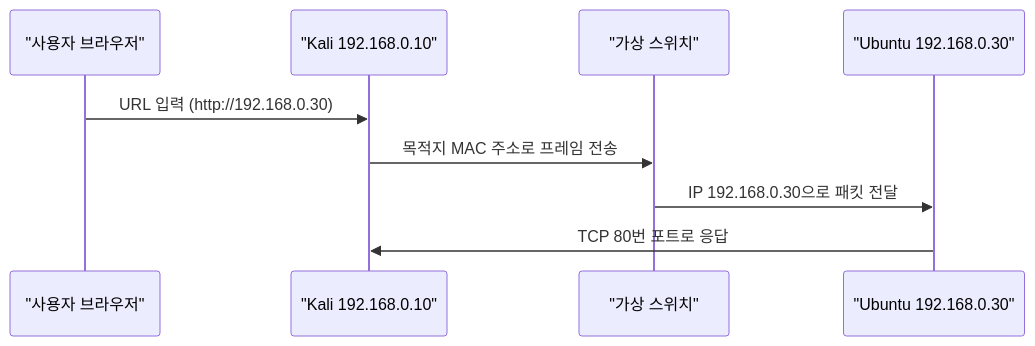
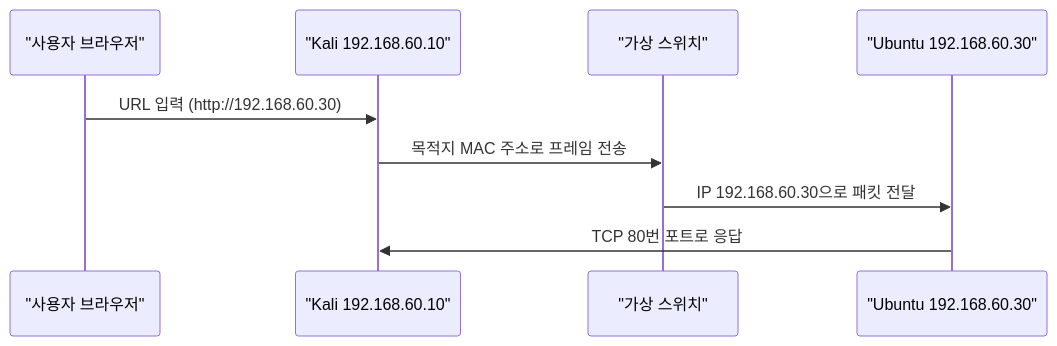
The first of 3 diagrams in _posts/1.응용강의/NetworkSecurity/2026-06-10-networkset-02-network-foundation.md (sbaek100/sbaek100.github.io), drawn with Mermaid before and after one commit. The commit also changed other lines of this file and 518 other files, not shown here.

````diff
--- a/_posts/1.응용강의/NetworkSecurity/2026-06-10-networkset-02-network-foundation.md
+++ b/_posts/1.응용강의/NetworkSecurity/2026-06-10-networkset-02-network-foundation.md
@@ -35,11 +35,11 @@
 ```mermaid
 sequenceDiagram
     participant User as "사용자 브라우저"
-    participant Kali as "Kali 192.168.0.10"
+    participant Kali as "Kali 192.168.60.10"
     participant Net as "가상 스위치"
-    participant Victim as "Ubuntu 192.168.0.30"
-    User->>Kali: URL 입력 (http://192.168.0.30)
+    participant Victim as "Ubuntu 192.168.60.30"
+    User->>Kali: URL 입력 (http://192.168.60.30)
     Kali->>Net: 목적지 MAC 주소로 프레임 전송
-    Net->>Victim: IP 192.168.0.30으로 패킷 전달
+    Net->>Victim: IP 192.168.60.30으로 패킷 전달
     Victim->>Kali: TCP 80번 포트로 응답
 ```
````
